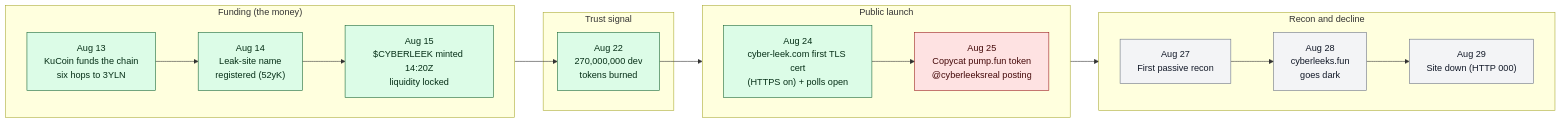
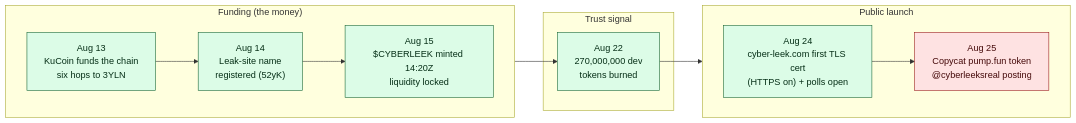
One commit to deepwoodssec/FollowTheLeek changed the diagram in README.md. Above: the diagram before and after it, drawn with Mermaid. The commit also changed other lines of this file, not shown here.

Commit message:
timeline: drop the recon/observation dates (Aug 27-29); keep only hard on-chain + CT dates

````diff
--- a/README.md
+++ b/README.md
@@ -73,27 +73,21 @@
 ```mermaid
 flowchart LR
     subgraph FUND["Funding (the money)"]
       direction LR
       A13["Aug 13<br/>KuCoin funds the chain<br/>six hops to 3YLN"] --> A14["Aug 14<br/>Leak-site name<br/>registered (52yK)"] --> A15["Aug 15<br/>$CYBERLEEK minted 14:20Z<br/>liquidity locked"]
     end
     subgraph TRUST["Trust signal"]
       A22["Aug 22<br/>270,000,000 dev<br/>tokens burned"]
     end
     subgraph LAUNCH["Public launch"]
       direction LR
       A24["Aug 24<br/>cyber-leek.com first TLS cert<br/>(HTTPS on) + polls open"] --> A25["Aug 25<br/>Copycat pump.fun token<br/>@cyberleeksreal posting"]
     end
-    subgraph RECON["Recon and decline"]
-      direction LR
-      A27["Aug 27<br/>First passive recon"] --> A28["Aug 28<br/>cyberleeks.fun<br/>goes dark"] --> A29["Aug 29<br/>Site down (HTTP 000)"]
-    end
     A15 --> A22 --> A24
-    A25 --> A27
 
     classDef money fill:#dcfce7,stroke:#166534,color:#052e16;
     classDef persona fill:#fee2e2,stroke:#991b1b,color:#450a0a;
     classDef recon fill:#f3f4f6,stroke:#6b7280,color:#111827;
     class A13,A14,A15,A22,A24 money;
     class A25 persona;
-    class A27,A28,A29 recon;
 ```
````
